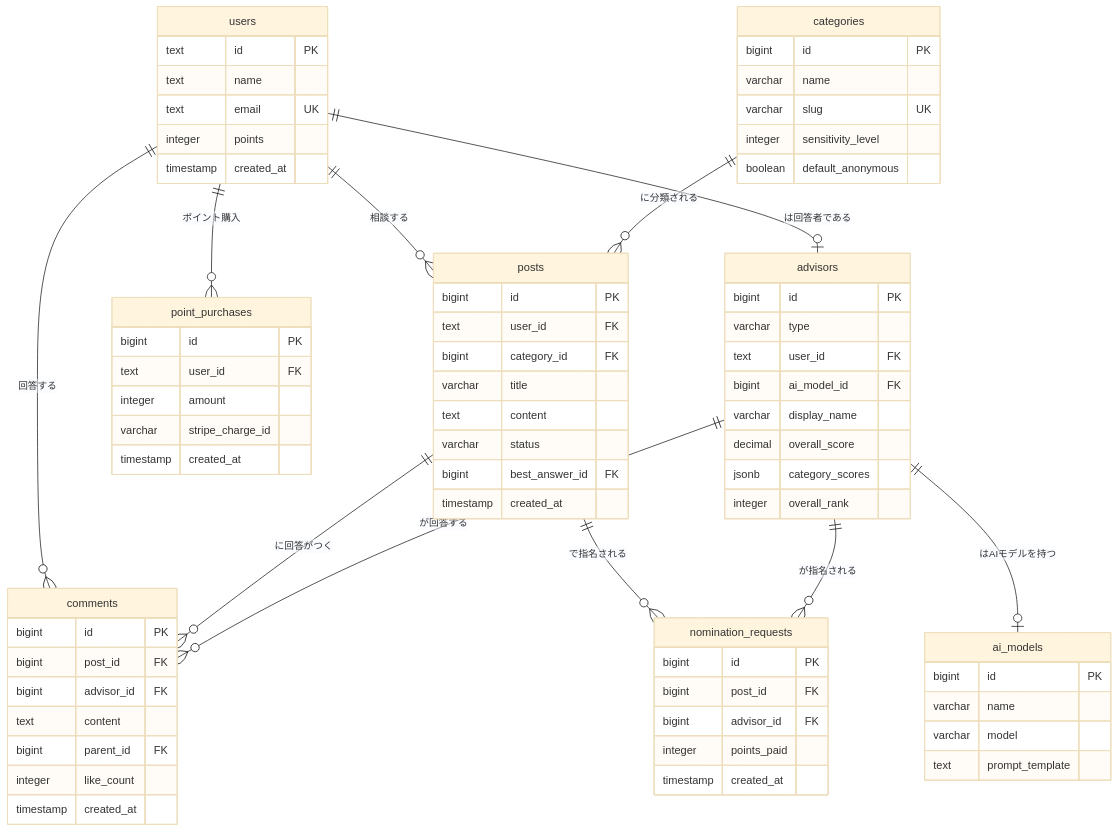
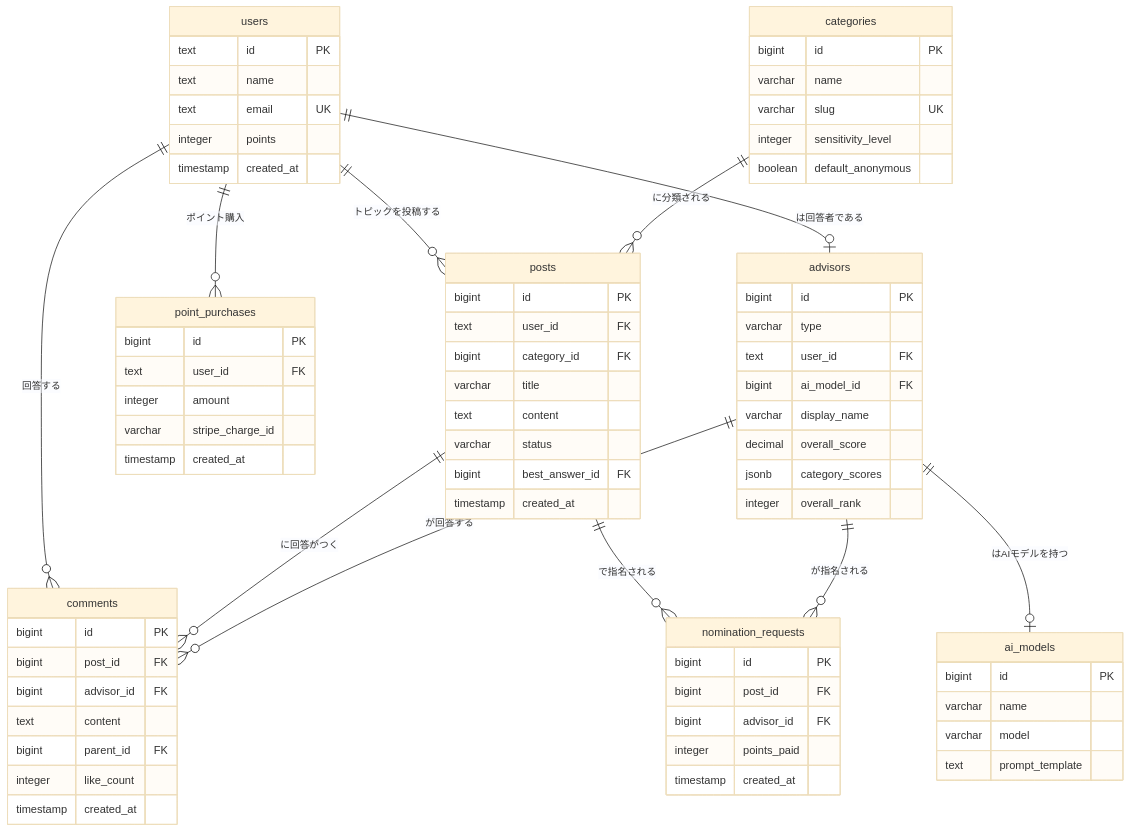
Before and after one commit to yukiohayashi/hanashite: the diagram in docs/HANASHITE-COMPLETE-SPECIFICATION.md, drawn with Mermaid (base theme). The commit also changed 4 other files, not shown here.

````diff
--- a/docs/HANASHITE-COMPLETE-SPECIFICATION.md
+++ b/docs/HANASHITE-COMPLETE-SPECIFICATION.md
@@ -89,6 +89,6 @@
 ```mermaid
 erDiagram
-    users ||--o{ posts : "相談する"
+    users ||--o{ posts : "トピックを投稿する"
     users ||--o{ comments : "回答する"
     users ||--o{ point_purchases : "ポイント購入"
     users ||--o| advisors : "は回答者である"
````
